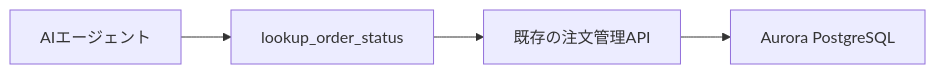
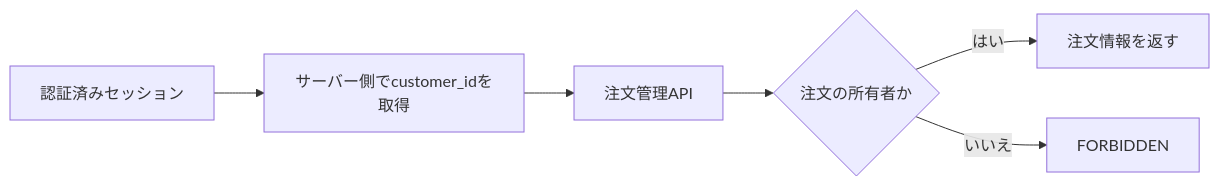
The third of 9 diagrams in articles/databricks-agentops-zenn.md (aymkbyshi/databricks-agentops-customer-support), drawn with Mermaid before and after one commit. The commit also changed other lines of this file, not shown here.

Commit message:
Rewrite Zenn article with current architecture and safety guidance

````diff
--- a/articles/databricks-agentops-zenn.md
+++ b/articles/databricks-agentops-zenn.md
@@ -130,6 +212,8 @@
 ```mermaid
 flowchart LR
-    A[AIエージェント] --> B[lookup_order_status]
-    B --> C[既存の注文管理API]
-    C --> D[Aurora PostgreSQL]
+    A[認証済みセッション] --> B[サーバー側でcustomer_idを取得]
+    B --> C[注文管理API]
+    C --> D{注文の所有者か}
+    D -->|はい| E[注文情報を返す]
+    D -->|いいえ| F[FORBIDDEN]
 ```
````
